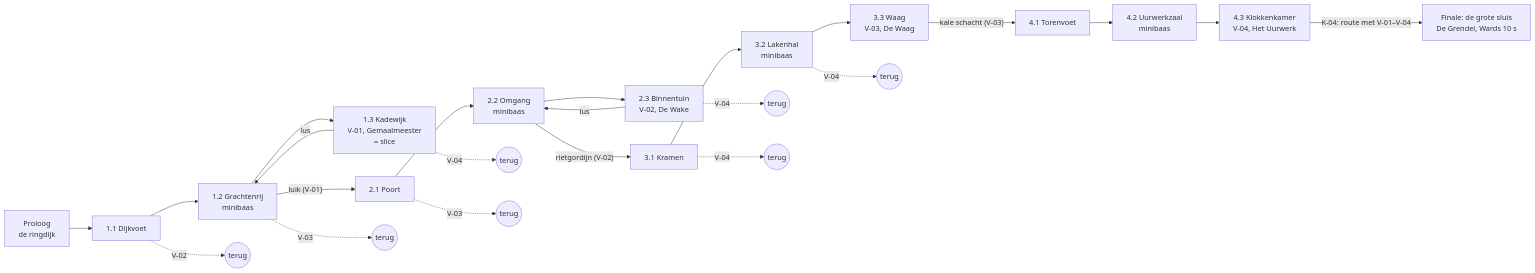
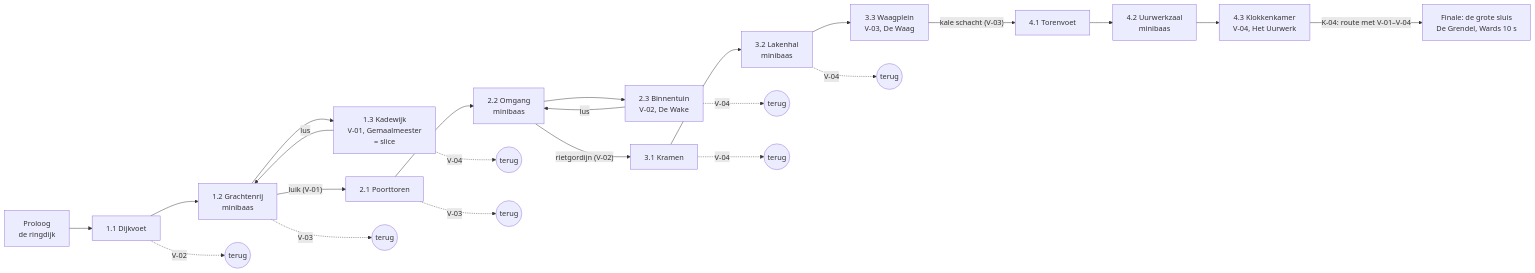
One commit to cesarvangerwen-glitch/echoborn changed the diagram in docs/design/wereld.md. Above: the diagram before and after it, drawn with Mermaid. The commit also changed other lines of this file, not shown here.

````diff
--- a/docs/design/wereld.md
+++ b/docs/design/wereld.md
@@ -67,18 +90,18 @@
 ```mermaid
 flowchart LR
     P[Proloog<br/>de ringdijk] --> G11[1.1 Dijkvoet]
     G11 --> G12[1.2 Grachtenrij<br/>minibaas] --> G13[1.3 Kadewijk<br/>V-01, Gemaalmeester<br/>= slice]
     G13 -- lus --> G12
-    G12 -- "luik (V-01)" --> G21[2.1 Poort] --> G22[2.2 Omgang<br/>minibaas] --> G23[2.3 Binnentuin<br/>V-02, De Wake]
+    G12 -- "luik (V-01)" --> G21[2.1 Poorttoren] --> G22[2.2 Omgang<br/>minibaas] --> G23[2.3 Binnentuin<br/>V-02, De Wake]
     G23 -- lus --> G22
-    G22 -- "rietgordijn (V-02)" --> G31[3.1 Kramen] --> G32[3.2 Lakenhal<br/>minibaas] --> G33[3.3 Waag<br/>V-03, De Waag]
+    G22 -- "rietgordijn (V-02)" --> G31[3.1 Kramen] --> G32[3.2 Lakenhal<br/>minibaas] --> G33[3.3 Waagplein<br/>V-03, De Waag]
     G33 -- "kale schacht (V-03)" --> G41[4.1 Torenvoet] --> G42[4.2 Uurwerkzaal<br/>minibaas] --> G43[4.3 Klokkenkamer<br/>V-04, Het Uurwerk]
     G43 -- "K-04: route met V-01–V-04" --> F[Finale: de grote sluis<br/>De Grendel, Wards 10 s]
     G11 -.V-02.-> T1((terug))
     G12 -.V-03.-> T2((terug))
     G13 -.V-04.-> T3((terug))
     G21 -.V-03.-> T4((terug))
     G23 -.V-04.-> T5((terug))
     G31 -.V-04.-> T6((terug))
     G32 -.V-04.-> T7((terug))
 ```
````
